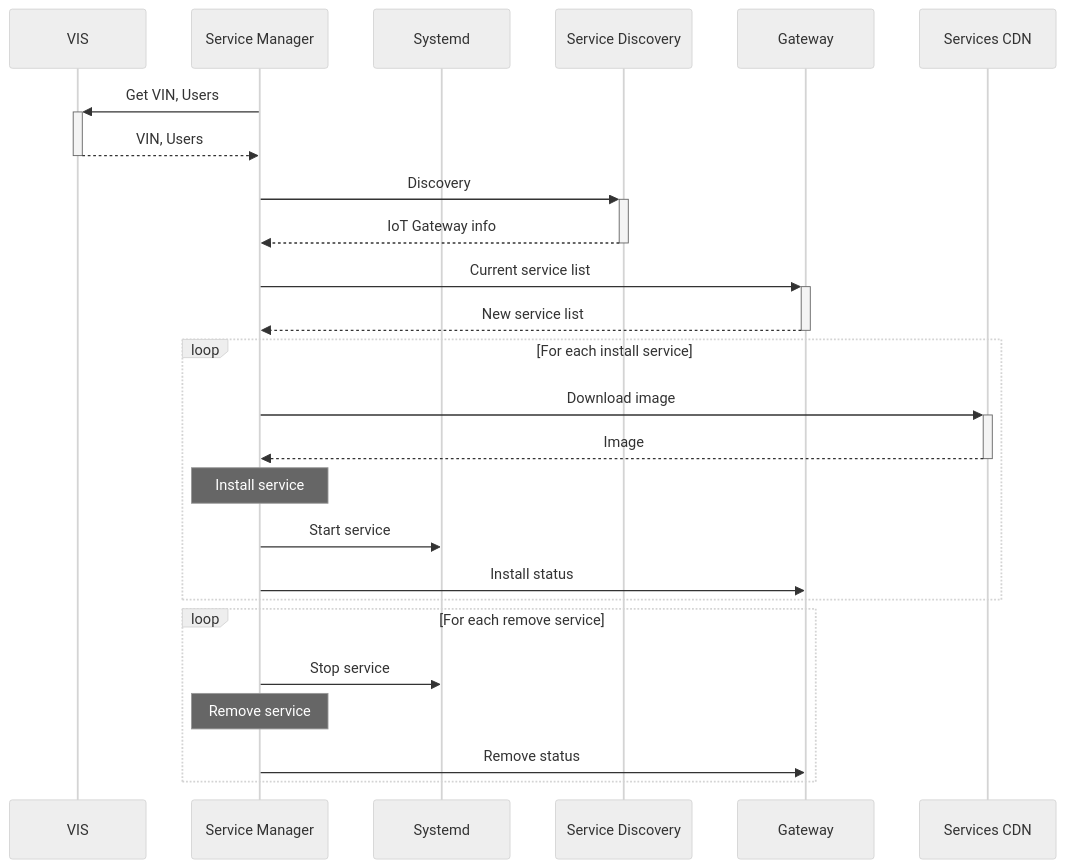
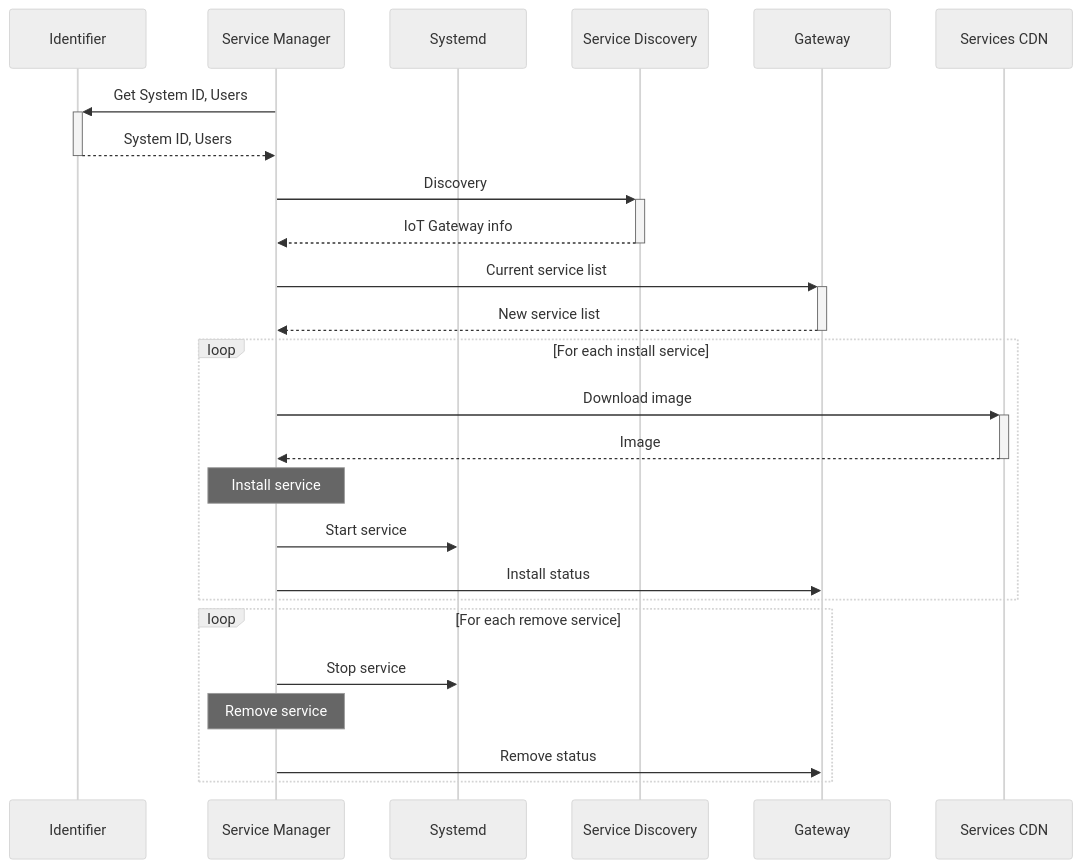
Before and after one commit to aosedge/aos_servicemanager: the diagram in doc/architecture.md, drawn with Mermaid (neutral theme). The commit also changed other lines of this file and 11 other files, not shown here.

````diff
--- a/doc/architecture.md
+++ b/doc/architecture.md
@@ -31,30 +28,30 @@
 ```mermaid
 sequenceDiagram
-    participant VIS
+    participant Identifier
     participant SM as Service Manager
     participant Systemd
     participant SD as Service Discovery
     participant GW as Gateway
     participant CDN as Services CDN
 
-    SM ->>+ VIS: Get VIN, Users
-    VIS -->>- SM: VIN, Users
+    SM ->>+ Identifier: Get System ID, Users
+    Identifier -->>- SM: System ID, Users
     SM ->>+ SD: Discovery
     SD -->>- SM: IoT Gateway info
     SM ->>+ GW: Current service list
     GW -->>- SM: New service list
 
     loop For each install service
         SM ->>+ CDN: Download image
         CDN -->>- SM: Image
         Note over SM: Install service
         SM ->> Systemd: Start service
         SM ->> GW: Install status
     end
 
     loop For each remove service
         SM ->> Systemd: Stop service
         Note over SM: Remove service
         SM ->> GW: Remove status
     end
 ```
````
